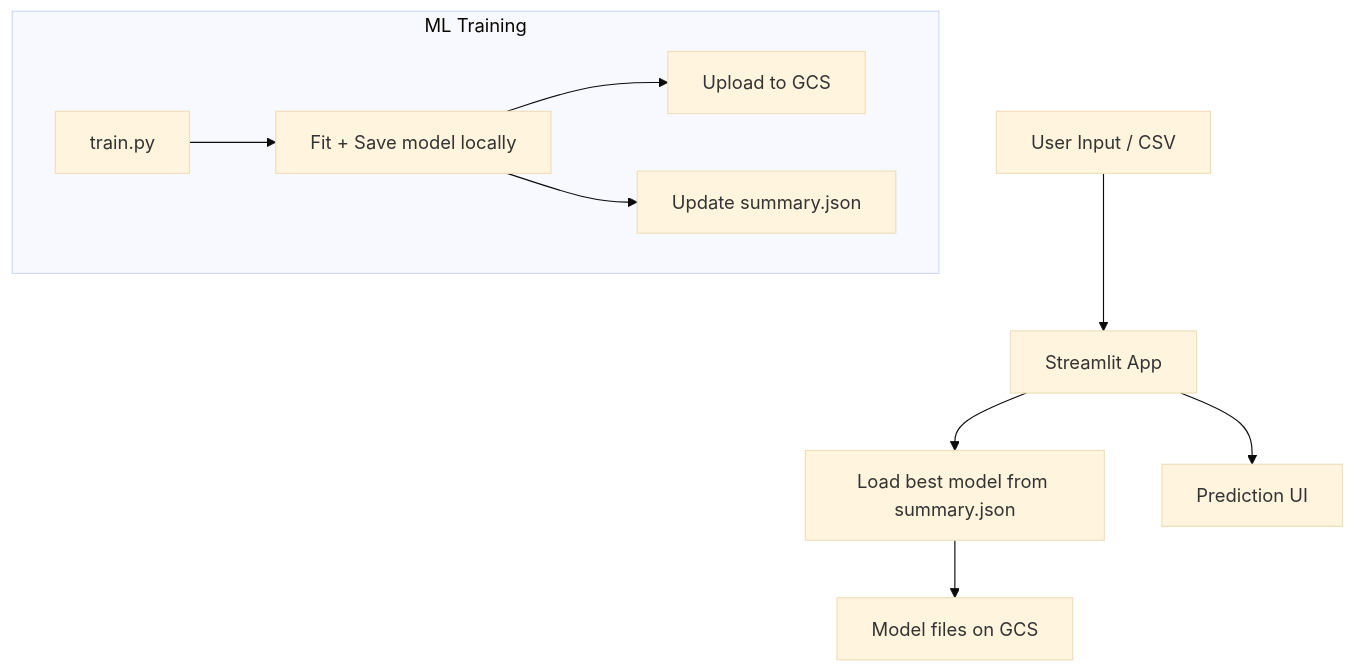
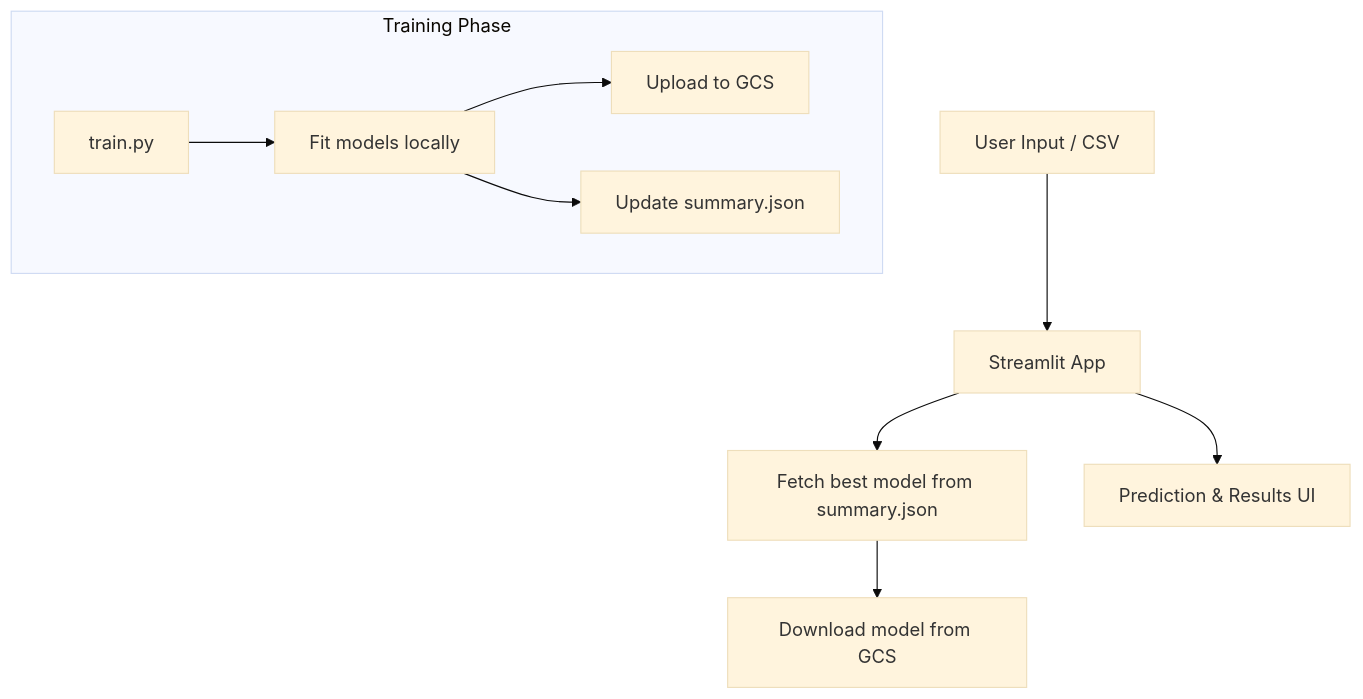
Before and after one commit to arthurcornelio88/ds_traffic_cyclist1: the diagram in README.md, drawn with Mermaid (base theme). The commit also changed other lines of this file, not shown here.

`````diff
--- a/README.md
+++ b/README.md
@@ -15,14 +21,14 @@
 ```mermaid
 graph TD
   A[User Input / CSV] --> B[Streamlit App]
-  B --> C[Load best model from summary.json]
-  C --> D[Model files on GCS]
-  B --> E[Prediction UI]
+  B --> C[Fetch best model from summary.json]
+  C --> D[Download model from GCS]
+  B --> E[Prediction & Results UI]
 
-  subgraph ML Training
+  subgraph Training Phase
     F[train.py]
-    F --> G[Fit + Save model locally]
+    F --> G[Fit models locally]
     G --> H[Upload to GCS]
     G --> I[Update summary.json]
   end
-````
+```
`````
